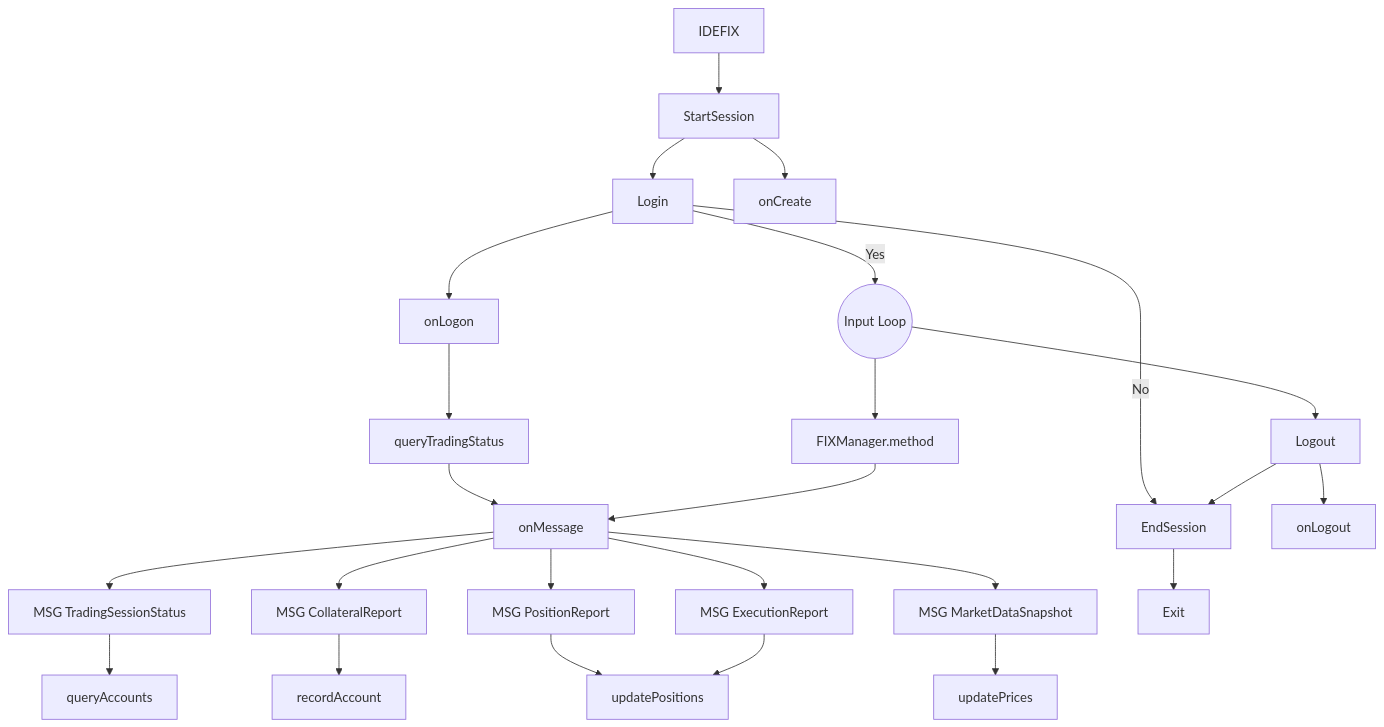
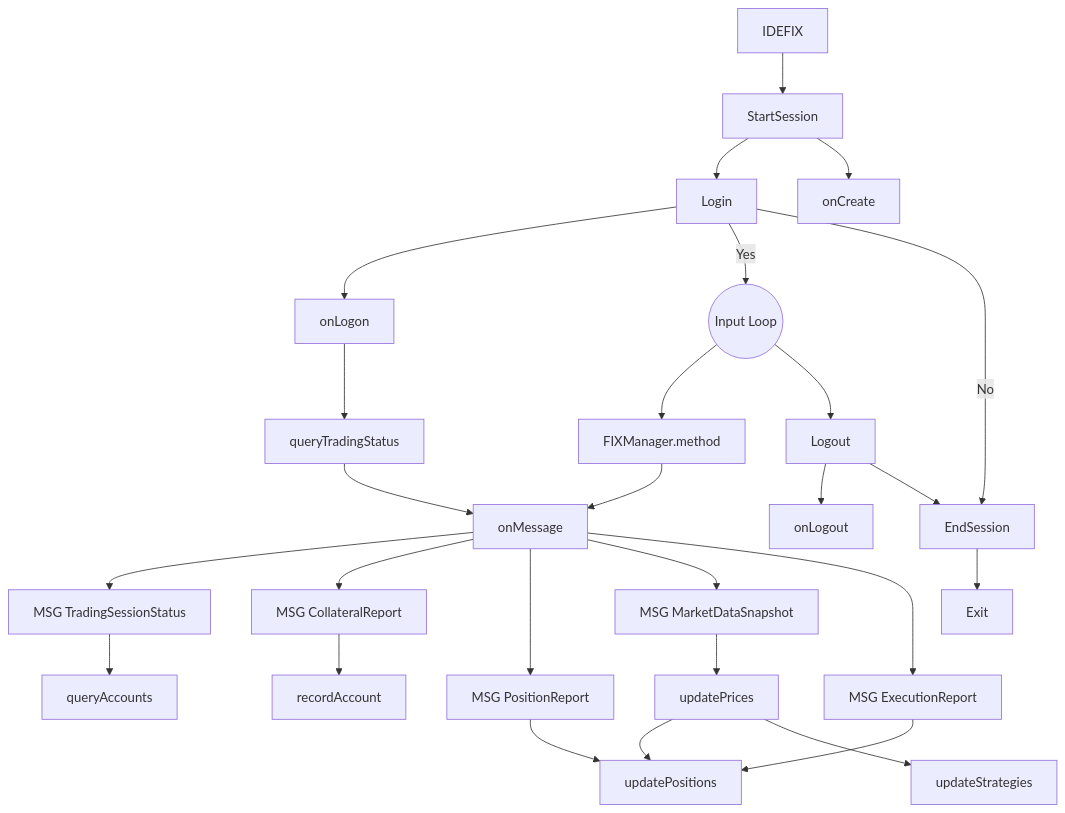
The first of 11 diagrams in docs/flows.md (garywlx/idefix), drawn with Mermaid before and after one commit. The commit also changed 9 other files, not shown here.

Commit message:
fix: code cleanup, add: types, trademath, flowchart

````diff
--- a/docs/flows.md
+++ b/docs/flows.md
@@ -5,32 +5,35 @@
 ```mermaid
 graph TB
 IDEFIX-->StartSession
 StartSession-->Login
 StartSession-->onCreate
 Login-->onLogon
 Login-->|Yes|InputLoop
 Login-->|No|EndSession
 
 onLogon-->queryTradingStatus
 queryTradingStatus-->onMessage
 
 InputLoop((Input Loop))
 InputLoop-->FIXManager["FIXManager.method"]
 FIXManager-->onMessage
 
 onMessage-->onMsgTSS[MSG TradingSessionStatus]
 onMsgTSS-->queryAccounts
 onMessage-->onMsgCR[MSG CollateralReport]
 onMsgCR-->recordAccount
 onMessage-->onMsgPR[MSG PositionReport]
 onMsgPR-->updatePositions
 onMessage-->onMsgMDSFR[MSG MarketDataSnapshot]
 onMsgMDSFR-->updatePrices
 onMessage-->onMsgER[MSG ExecutionReport]
 onMsgER-->updatePositions
 
+updatePrices-->updatePositions
+updatePrices-->updateStrategies
+
 InputLoop-->Logout
 Logout-->onLogout
 Logout-->EndSession
 EndSession-->Exit
 ```
````
